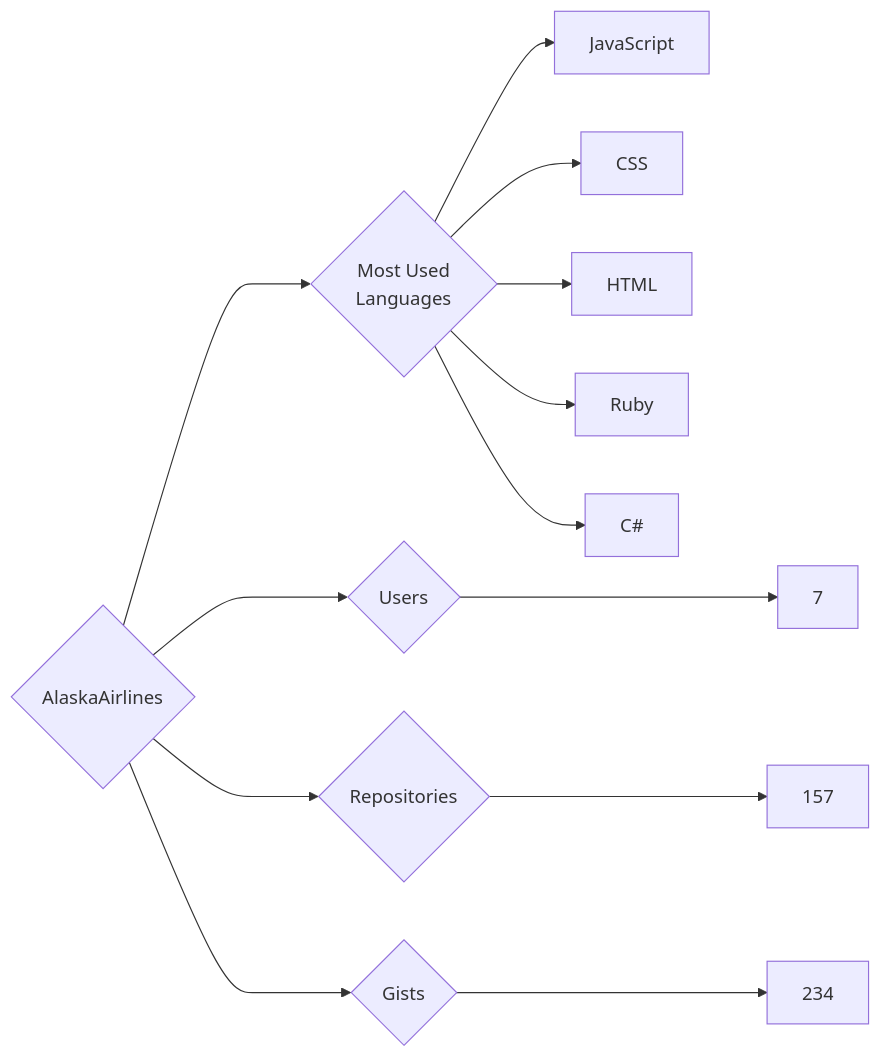
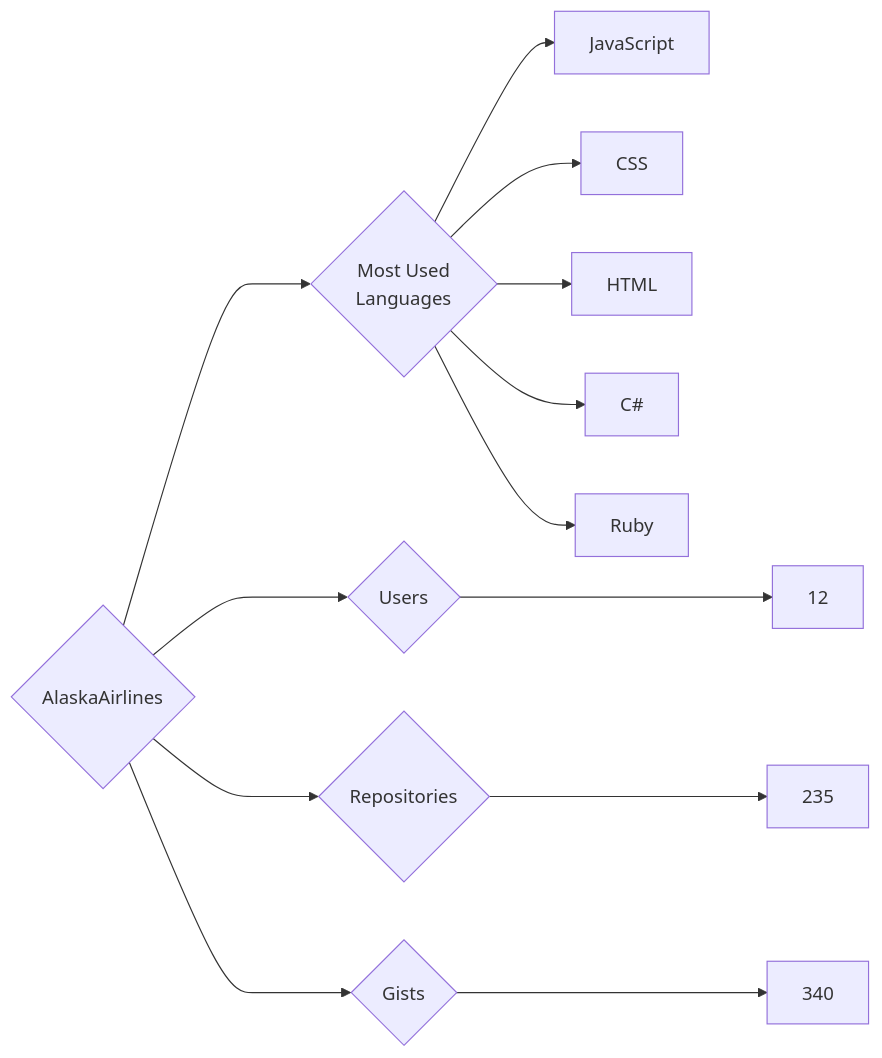
Before and after one commit to trickest/insiders: the diagram in targets/AlaskaAirlines/README.md, drawn with Mermaid. The commit also changed 998 other files, not shown here.

````diff
--- a/targets/AlaskaAirlines/README.md
+++ b/targets/AlaskaAirlines/README.md
@@ -3,13 +3,13 @@
 ```mermaid
 graph LR
 COMPANY_NAME{AlaskaAirlines}
-COMPANY_NAME ---> U{Users} ---> UN[7]
-COMPANY_NAME ---> R{Repositories} ---> RN[157]
-COMPANY_NAME ---> G{Gists} ---> GN[234]
+COMPANY_NAME ---> U{Users} ---> UN[12]
+COMPANY_NAME ---> R{Repositories} ---> RN[235]
+COMPANY_NAME ---> G{Gists} ---> GN[340]
 COMPANY_NAME ---> ML{Most Used<br>Languages}
 ML --> JavaScript[JavaScript]
 ML --> CSS[CSS]
 ML --> HTML[HTML]
+ML --> C#[C#]
 ML --> Ruby[Ruby]
-ML --> C#[C#]
 ```
````
